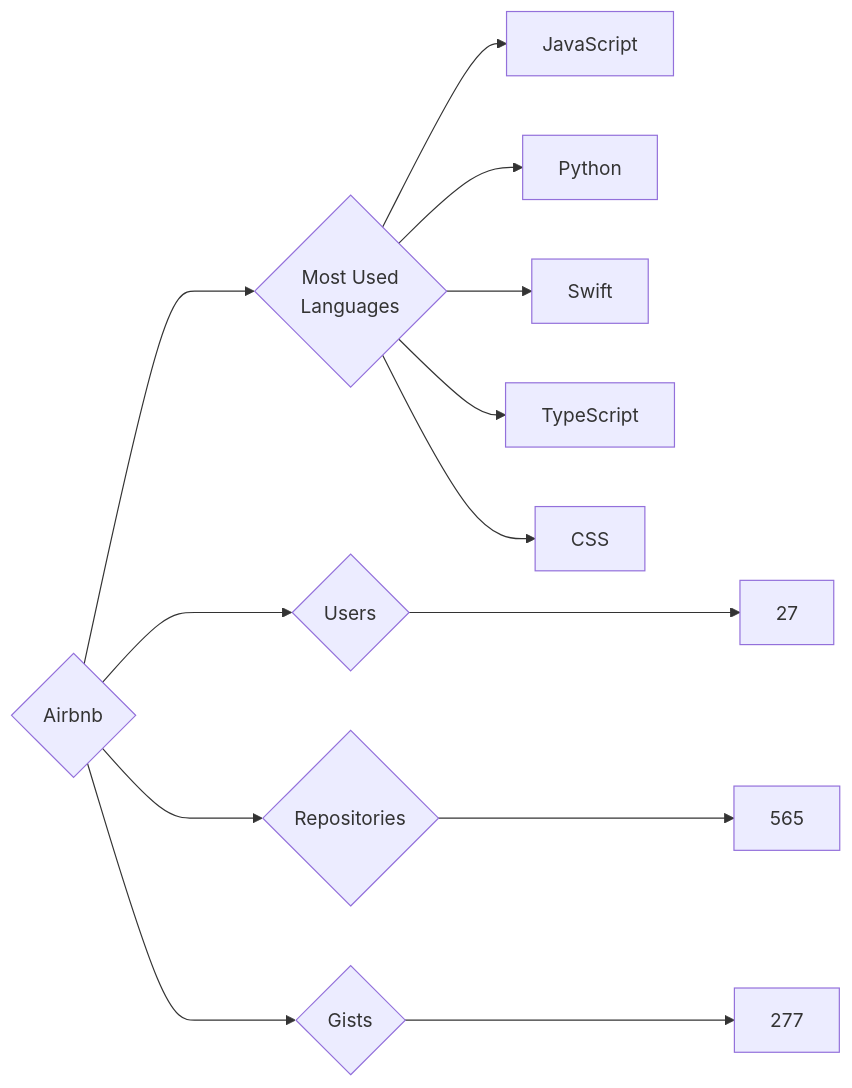
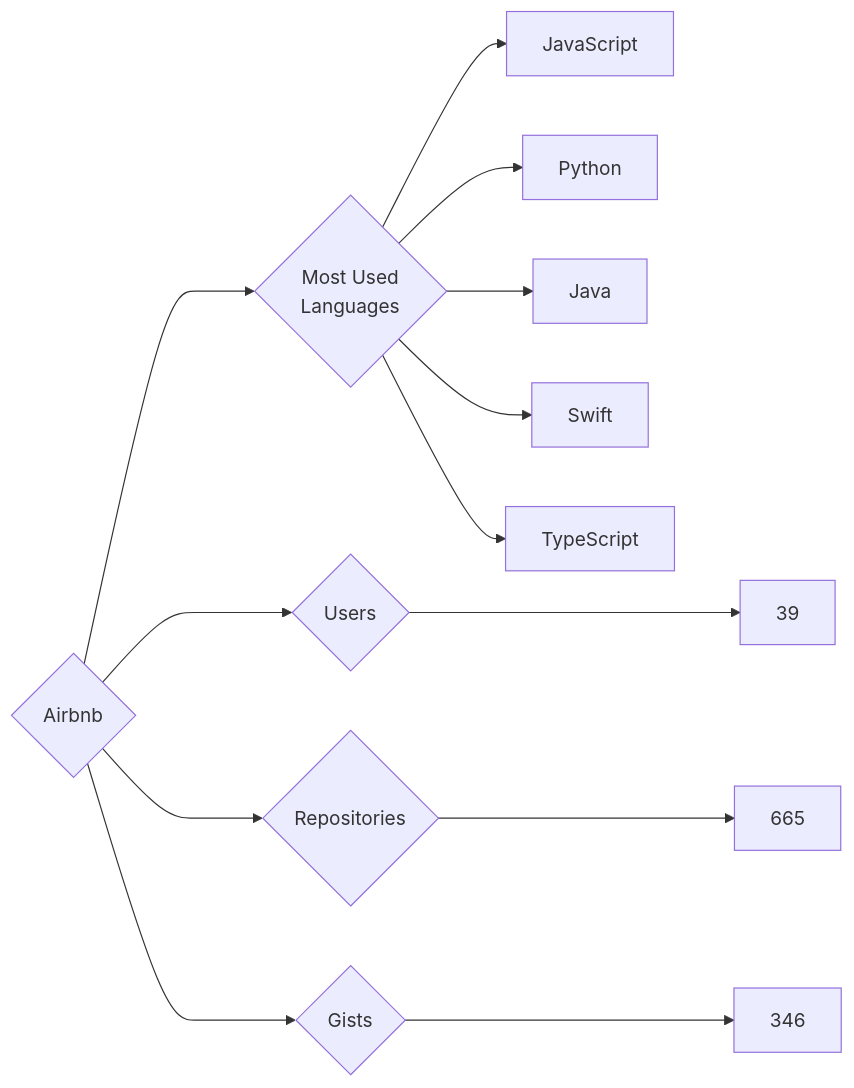
Before and after one commit to trickest/insiders: the diagram in targets/Airbnb/README.md, drawn with Mermaid. The commit also changed 814 other files, not shown here.

````diff
--- a/targets/Airbnb/README.md
+++ b/targets/Airbnb/README.md
@@ -3,13 +3,13 @@
 ```mermaid
 graph LR
 COMPANY_NAME{Airbnb}
-COMPANY_NAME ---> U{Users} ---> UN[27]
-COMPANY_NAME ---> R{Repositories} ---> RN[565]
-COMPANY_NAME ---> G{Gists} ---> GN[277]
+COMPANY_NAME ---> U{Users} ---> UN[39]
+COMPANY_NAME ---> R{Repositories} ---> RN[665]
+COMPANY_NAME ---> G{Gists} ---> GN[346]
 COMPANY_NAME ---> ML{Most Used<br>Languages}
 ML --> JavaScript[JavaScript]
 ML --> Python[Python]
+ML --> Java[Java]
 ML --> Swift[Swift]
 ML --> TypeScript[TypeScript]
-ML --> CSS[CSS]
 ```
````
